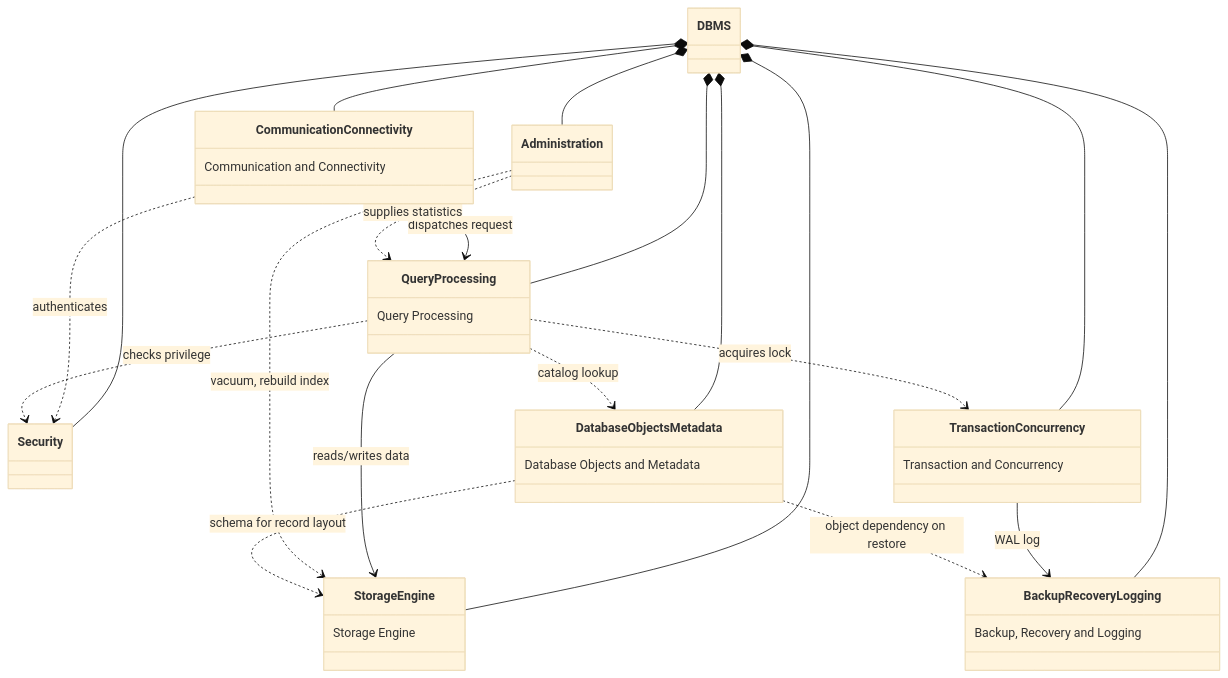
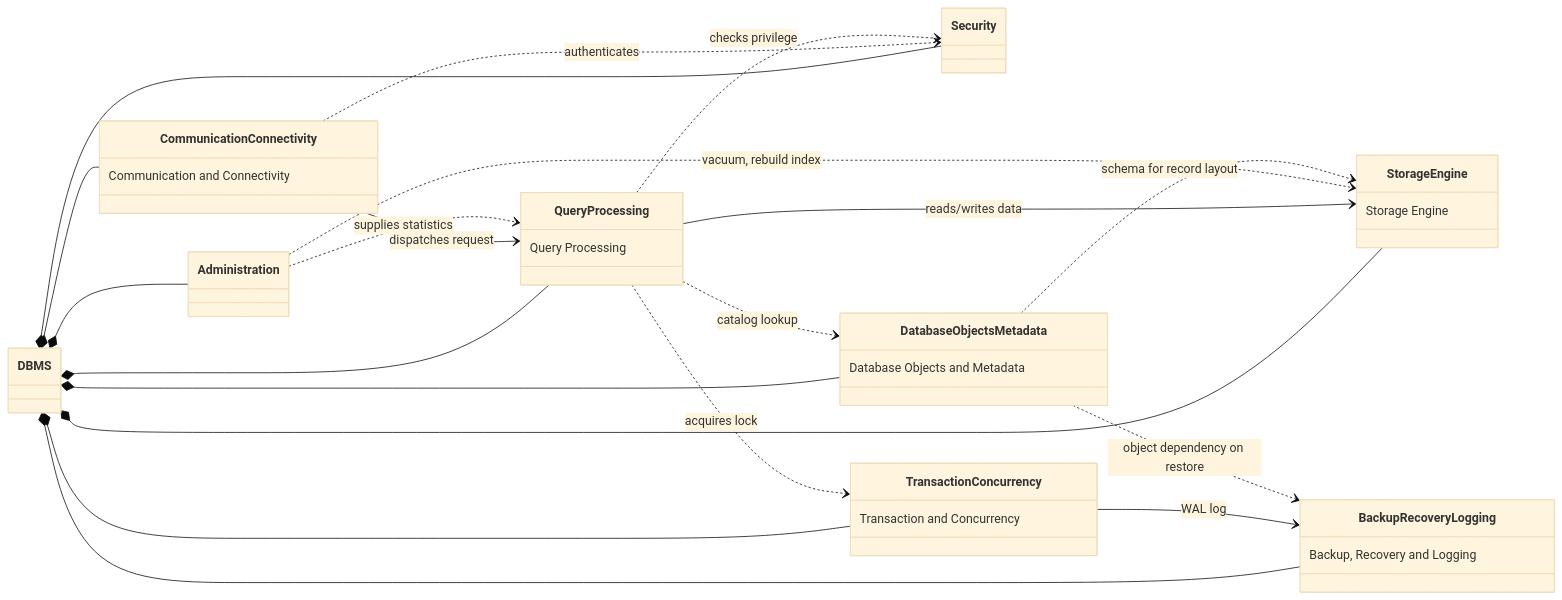
Before and after one commit to Ricky13170/DBMS: the diagram in da.md, drawn with Mermaid (base theme).

````diff
--- a/da.md
+++ b/da.md
@@ -12,70 +12,70 @@
 ```mermaid
 classDiagram
-    direction TB
+    direction LR
 
     class DBMS {
     }
 
     class CommunicationConnectivity {
         Communication and Connectivity
     }
 
     class Security {
     }
 
     class Administration {
     }
 
     class QueryProcessing {
         Query Processing
     }
 
     class TransactionConcurrency {
         Transaction and Concurrency
     }
 
     class BackupRecoveryLogging {
         Backup, Recovery and Logging
     }
 
     class StorageEngine {
         Storage Engine
     }
 
     class DatabaseObjectsMetadata {
         Database Objects and Metadata
     }
 
     %% --- DBMS Composition (explicit diamonds) ---
     DBMS *-- CommunicationConnectivity
     DBMS *-- Security
     DBMS *-- Administration
     DBMS *-- QueryProcessing
     DBMS *-- TransactionConcurrency
     DBMS *-- BackupRecoveryLogging
     DBMS *-- StorageEngine
     DBMS *-- DatabaseObjectsMetadata
 
     %% --- Main request pipeline ---
     CommunicationConnectivity --> QueryProcessing : dispatches request
 
     %% --- Security cross-cutting ---
     CommunicationConnectivity ..> Security : authenticates
     QueryProcessing ..> Security : checks privilege
 
     %% --- Query to lower layers ---
     QueryProcessing ..> TransactionConcurrency : acquires lock
     QueryProcessing --> StorageEngine : reads/writes data
     QueryProcessing ..> DatabaseObjectsMetadata : catalog lookup
 
     %% --- Transaction to WAL ---
     TransactionConcurrency --> BackupRecoveryLogging : WAL log
 
     %% --- Administration support ---
     Administration ..> QueryProcessing : supplies statistics
     Administration ..> StorageEngine : vacuum, rebuild index
 
     %% --- Metadata support ---
     DatabaseObjectsMetadata ..> StorageEngine : schema for record layout
     DatabaseObjectsMetadata ..> BackupRecoveryLogging : object dependency on restore
 ```
````
